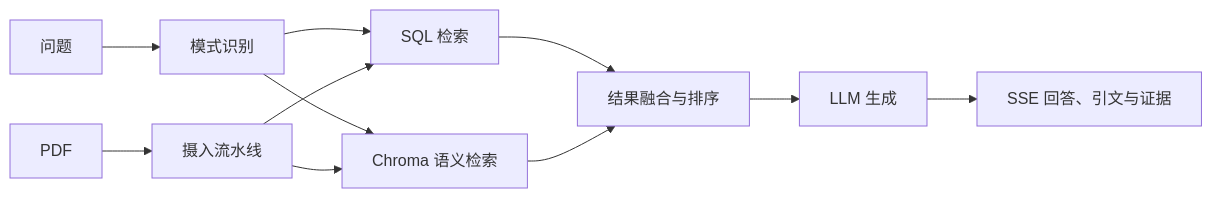
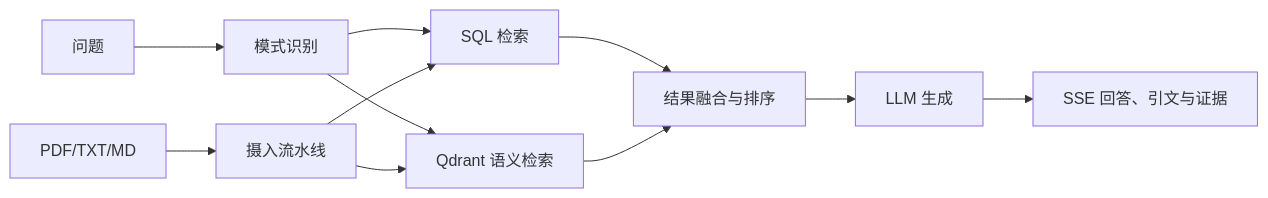
The diagram in docs/overview/06-rag-literature-assistant/README.md (JLU-ICCMS-MaYuan/Conventional-SC-Dataset), drawn with Mermaid before and after one commit. The commit also changed other lines of this file and 28 other files, not shown here.

````diff
--- a/docs/overview/06-rag-literature-assistant/README.md
+++ b/docs/overview/06-rag-literature-assistant/README.md
@@ -30,13 +30,13 @@
 ```mermaid
 flowchart LR
     Q["问题"] --> M["模式识别"]
     M --> S["SQL 检索"]
-    M --> C["Chroma 语义检索"]
+    M --> C["Qdrant 语义检索"]
     S --> F["结果融合与排序"]
     C --> F
     F --> L["LLM 生成"]
     L --> E["SSE 回答、引文与证据"]
-    P["PDF"] --> I["摄入流水线"]
+    P["PDF/TXT/MD"] --> I["摄入流水线"]
     I --> S
     I --> C
 ```
````
